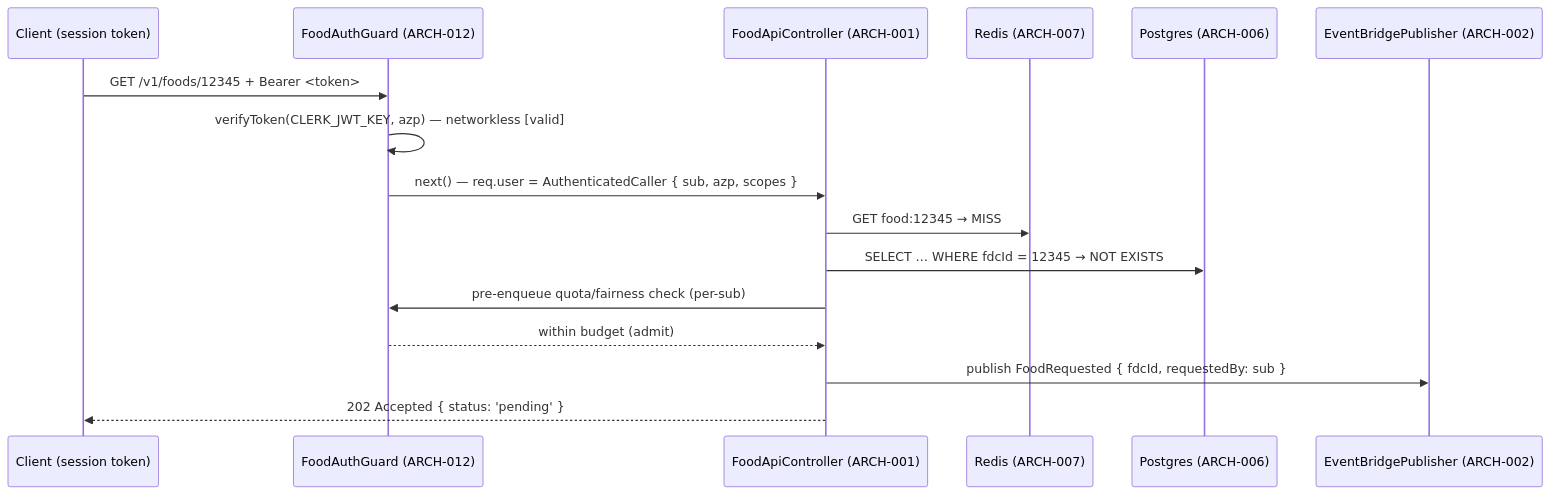
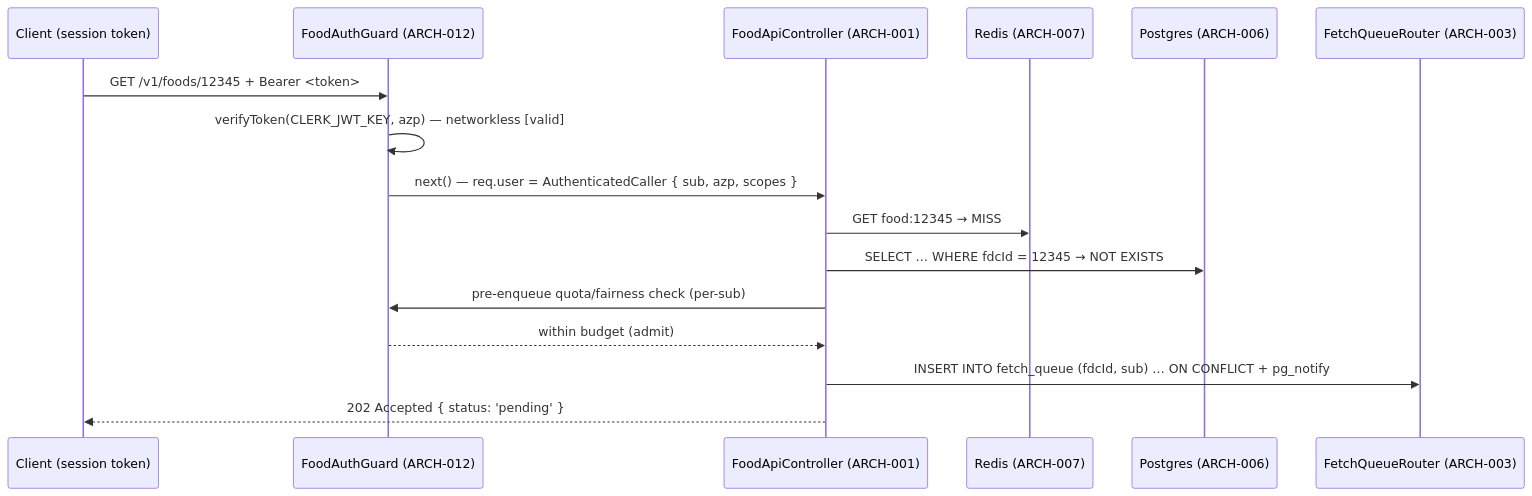
The seventh of 8 diagrams in specs/003-usda-food-data/v-model/architecture-design.md (radicle-co/KitchenSink), drawn with Mermaid before and after one commit. The commit also changed other lines of this file and 15 other files, not shown here.

````diff
--- a/specs/003-usda-food-data/v-model/architecture-design.md
+++ b/specs/003-usda-food-data/v-model/architecture-design.md
@@ -385,19 +379,19 @@
 ```mermaid
 sequenceDiagram
     participant C as Client (session token)
     participant AG as FoodAuthGuard (ARCH-012)
     participant A as FoodApiController (ARCH-001)
     participant R as Redis (ARCH-007)
     participant P as Postgres (ARCH-006)
-    participant E as EventBridgePublisher (ARCH-002)
+    participant Q as FetchQueueRouter (ARCH-003)
 
     C->>AG: GET /v1/foods/12345 + Bearer <token>
     AG->>AG: verifyToken(CLERK_JWT_KEY, azp) — networkless [valid]
     AG->>A: next() — req.user = AuthenticatedCaller { sub, azp, scopes }
     A->>R: GET food:12345 → MISS
     A->>P: SELECT … WHERE fdcId = 12345 → NOT EXISTS
     A->>AG: pre-enqueue quota/fairness check (per-sub)
     AG-->>A: within budget (admit)
-    A->>E: publish FoodRequested { fdcId, requestedBy: sub }
+    A->>Q: INSERT INTO fetch_queue (fdcId, sub) … ON CONFLICT + pg_notify
     A-->>C: 202 Accepted { status: 'pending' }
 ```
````
